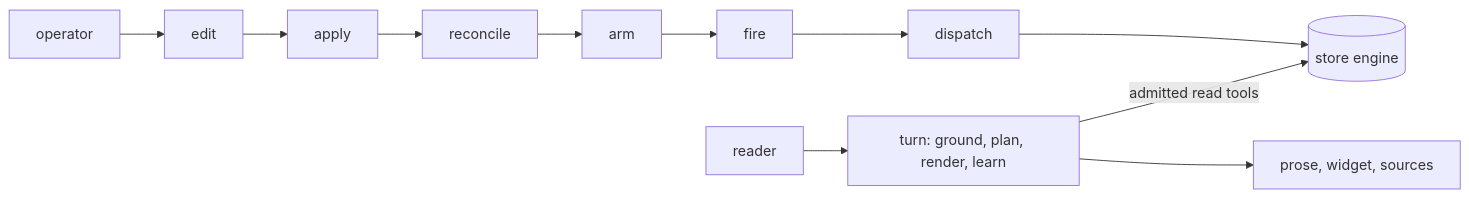
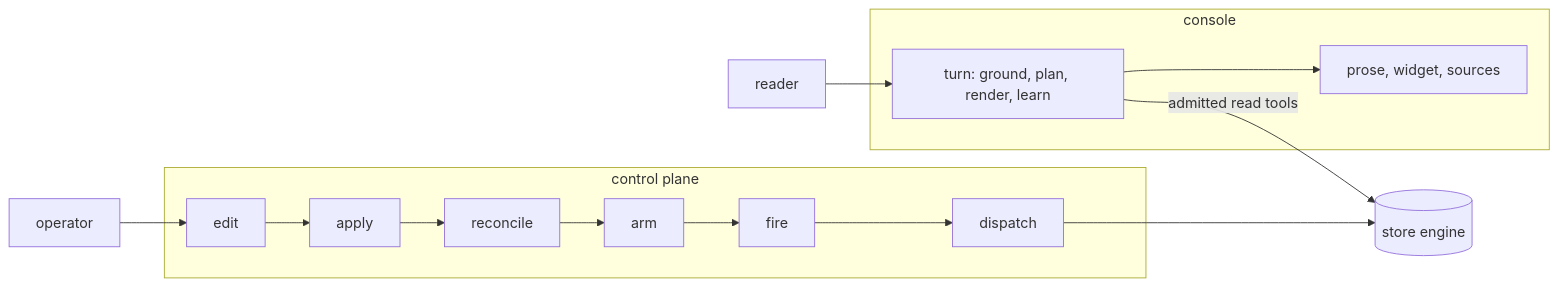
Before and after one commit to fractalboxdev/contextful: the diagram in spec/guide/surface.md, drawn with Mermaid. The commit also changed 33 other files, not shown here.

Commit message:
spec: diagrams draw contracts, parties and trust zones as containers; a node standing for one is refused

````diff
--- a/spec/guide/surface.md
+++ b/spec/guide/surface.md
@@ -16,8 +16,15 @@
 ```mermaid
 flowchart LR
-  OP["operator"] --> ED["edit"] --> AP["apply"] --> RC["reconcile"] --> ARM["arm"] --> FI["fire"] --> DI["dispatch"]
+  OP["operator"] --> ED
+  subgraph plane["control plane"]
+    ED["edit"] --> AP["apply"] --> RC["reconcile"] --> ARM["arm"] --> FI["fire"] --> DI["dispatch"]
+  end
+  subgraph console["console"]
+    TURN["turn: ground, plan, render, learn"]
+    ANS["prose, widget, sources"]
+  end
   DI --> STORE[("store engine")]
-  RD["reader"] --> TURN["turn: ground, plan, render, learn"]
+  RD["reader"] --> TURN
   TURN -- "admitted read tools" --> STORE
-  TURN --> ANS["prose, widget, sources"]
+  TURN --> ANS
 ```
````
